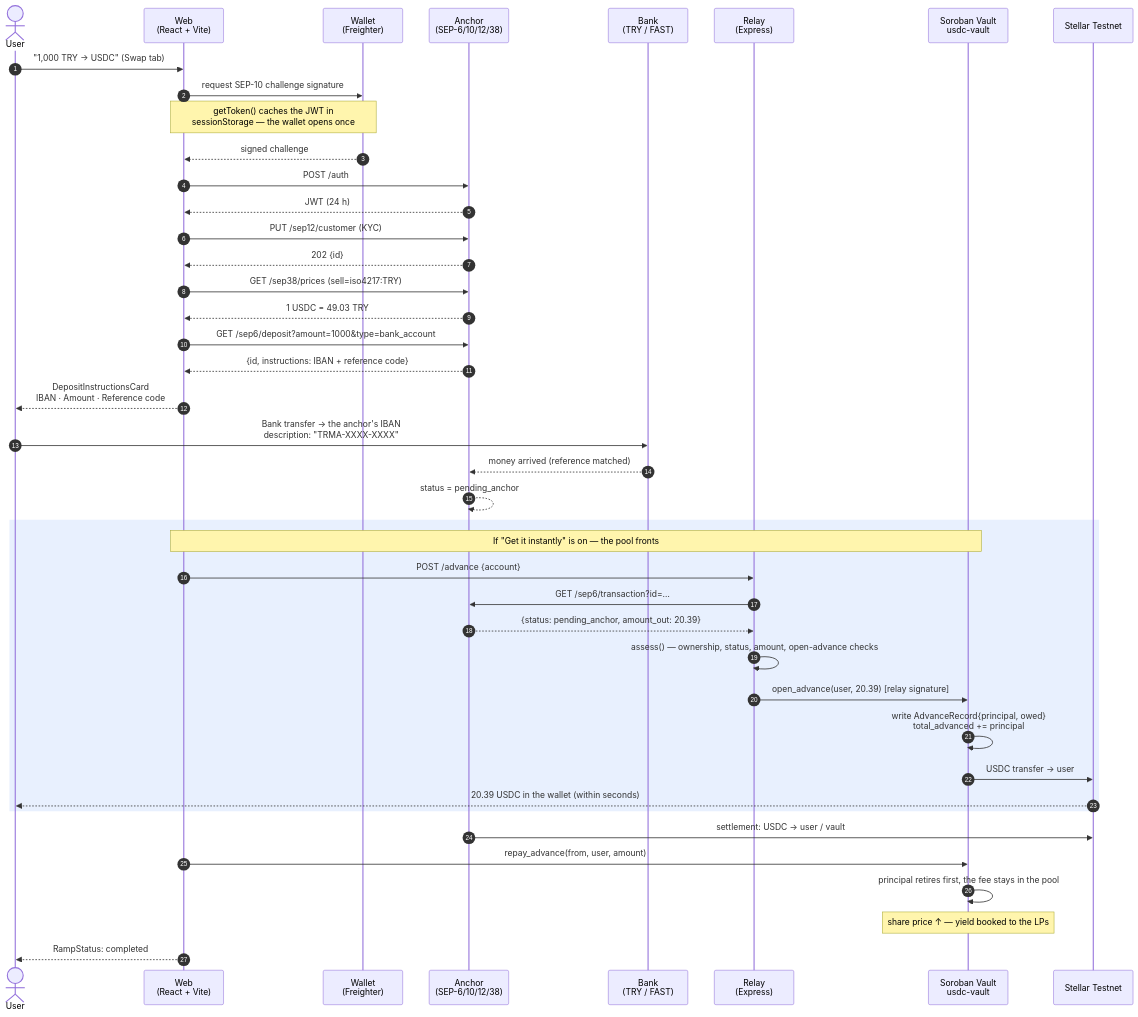
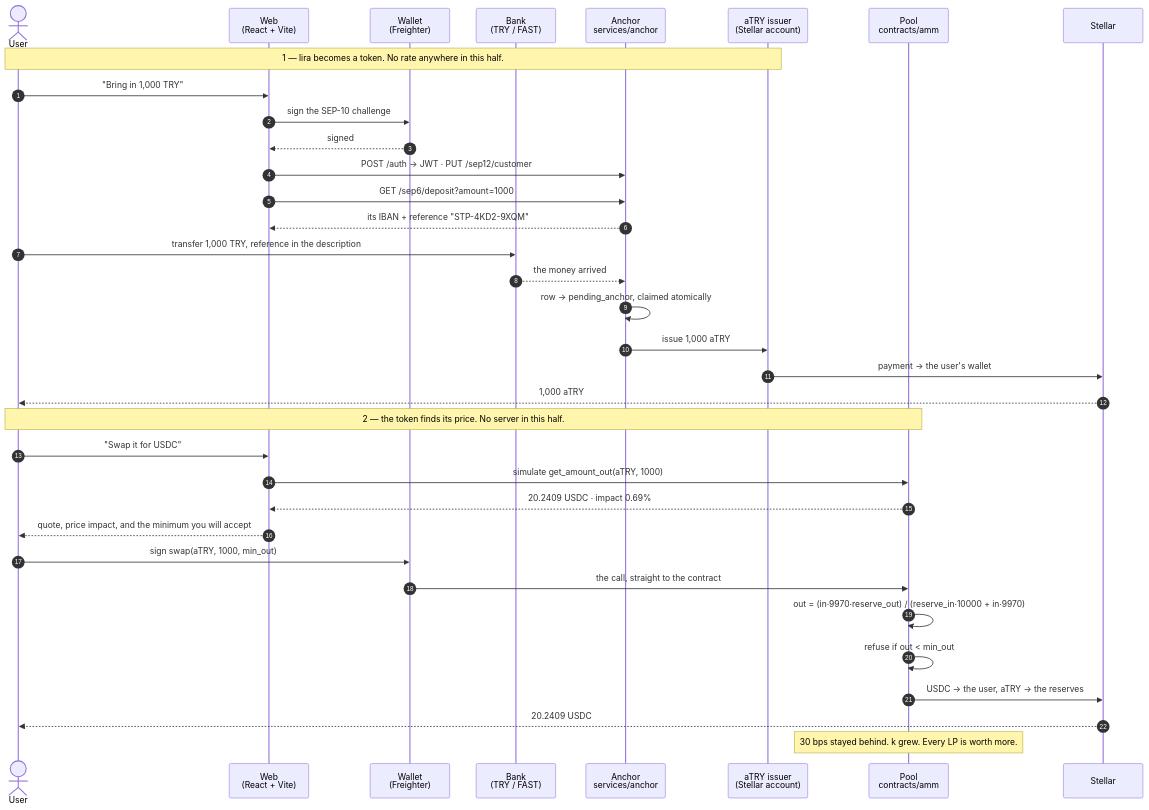
One commit to Omeraydognn/Stelpools changed the diagram in README.md. Above: the diagram before and after it, drawn with Mermaid. The commit also changed other lines of this file and 88 other files, not shown here.

````diff
--- a/README.md
+++ b/README.md
@@ -124,48 +139,39 @@
 ```mermaid
 sequenceDiagram
     autonumber
     actor U as User
     participant W as Web<br/>(React + Vite)
     participant K as Wallet<br/>(Freighter)
-    participant A as Anchor<br/>(SEP-6/10/12/38)
     participant B as Bank<br/>(TRY / FAST)
-    participant R as Relay<br/>(Express)
-    participant V as Soroban Vault<br/>usdc-vault
-    participant S as Stellar Testnet
+    participant A as Anchor<br/>services/anchor
+    participant I as aTRY issuer<br/>(Stellar account)
+    participant P as Pool<br/>contracts/amm
+    participant S as Stellar
 
-    U->>W: "1,000 TRY → USDC" (Swap tab)
-    W->>K: request SEP-10 challenge signature
-    Note over W,K: getToken() caches the JWT in<br/>sessionStorage — the wallet opens once
-    K-->>W: signed challenge
-    W->>A: POST /auth
-    A-->>W: JWT (24 h)
-    W->>A: PUT /sep12/customer  (KYC)
-    A-->>W: 202 {id}
-    W->>A: GET /sep38/prices  (sell=iso4217:TRY)
-    A-->>W: 1 USDC = 49.03 TRY
-    W->>A: GET /sep6/deposit?amount=1000&type=bank_account
-    A-->>W: {id, instructions: IBAN + reference code}
-    W-->>U: DepositInstructionsCard<br/>IBAN · Amount · Reference code
+    Note over U,I: 1 — lira becomes a token. No rate anywhere in this half.
+    U->>W: "Bring in 1,000 TRY"
+    W->>K: sign the SEP-10 challenge
+    K-->>W: signed
+    W->>A: POST /auth → JWT · PUT /sep12/customer
+    W->>A: GET /sep6/deposit?amount=1000
+    A-->>W: its IBAN + reference "STP-4KD2-9XQM"
+    U->>B: transfer 1,000 TRY, reference in the description
+    B-->>A: the money arrived
+    A->>A: row → pending_anchor, claimed atomically
+    A->>I: issue 1,000 aTRY
+    I->>S: payment → the user's wallet
+    S-->>U: 1,000 aTRY
 
-    U->>B: Bank transfer → the anchor's IBAN<br/>description: "TRMA-XXXX-XXXX"
-    B-->>A: money arrived (reference matched)
-    A-->>A: status = pending_anchor
-
-    rect rgb(232, 240, 254)
-    Note over W,V: If "Get it instantly" is on — the pool fronts
-    W->>R: POST /advance {account}
-    R->>A: GET /sep6/transaction?id=…
-    A-->>R: {status: pending_anchor, amount_out: 20.39}
-    R->>R: assess() — ownership, status, amount, open-advance checks
-    R->>V: open_advance(user, 20.39)  [relay signature]
-    V->>V: write AdvanceRecord{principal, owed}<br/>total_advanced += principal
-    V->>S: USDC transfer → user
-    S-->>U: 20.39 USDC in the wallet (within seconds)
-    end
-
-    A->>S: settlement: USDC → user / vault
-    W->>V: repay_advance(from, user, amount)
-    V->>V: principal retires first, the fee stays in the pool
-    Note over V: share price ↑ — yield booked to the LPs
-    W-->>U: RampStatus: completed
+    Note over U,P: 2 — the token finds its price. No server in this half.
+    U->>W: "Swap it for USDC"
+    W->>P: simulate get_amount_out(aTRY, 1000)
+    P-->>W: 20.2409 USDC · impact 0.69%
+    W-->>U: quote, price impact, and the minimum you will accept
+    U->>K: sign swap(aTRY, 1000, min_out)
+    K->>P: the call, straight to the contract
+    P->>P: out = (in·9970·reserve_out) / (reserve_in·10000 + in·9970)
+    P->>P: refuse if out < min_out
+    P->>S: USDC → the user, aTRY → the reserves
+    S-->>U: 20.2409 USDC
+    Note over P: 30 bps stayed behind. k grew. Every LP is worth more.
 ```
````
